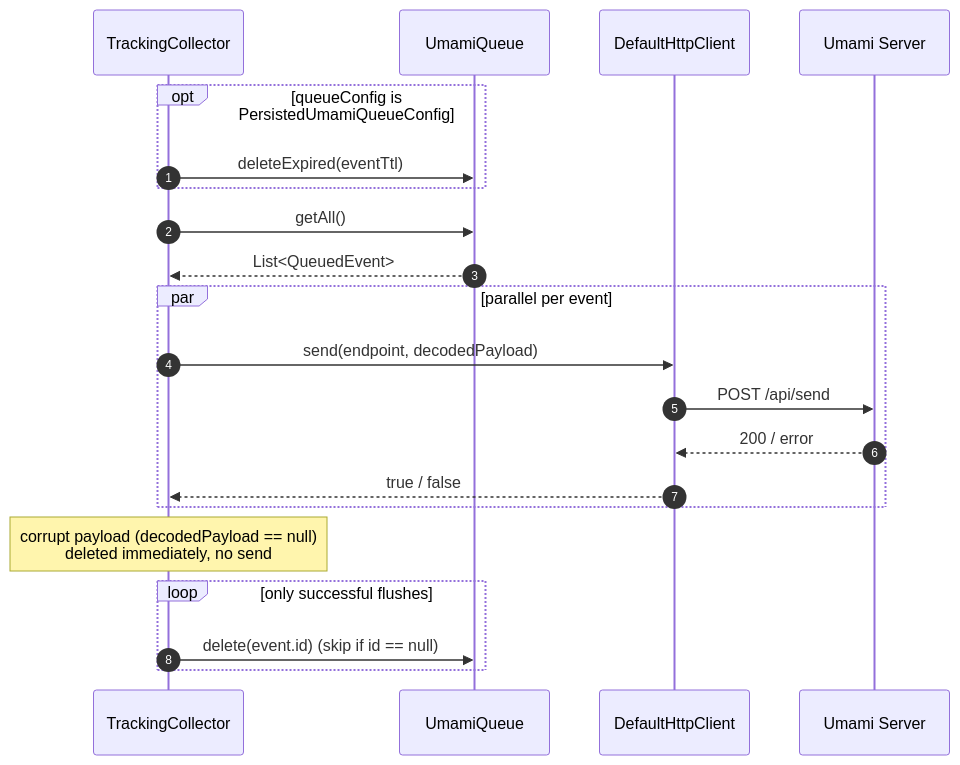
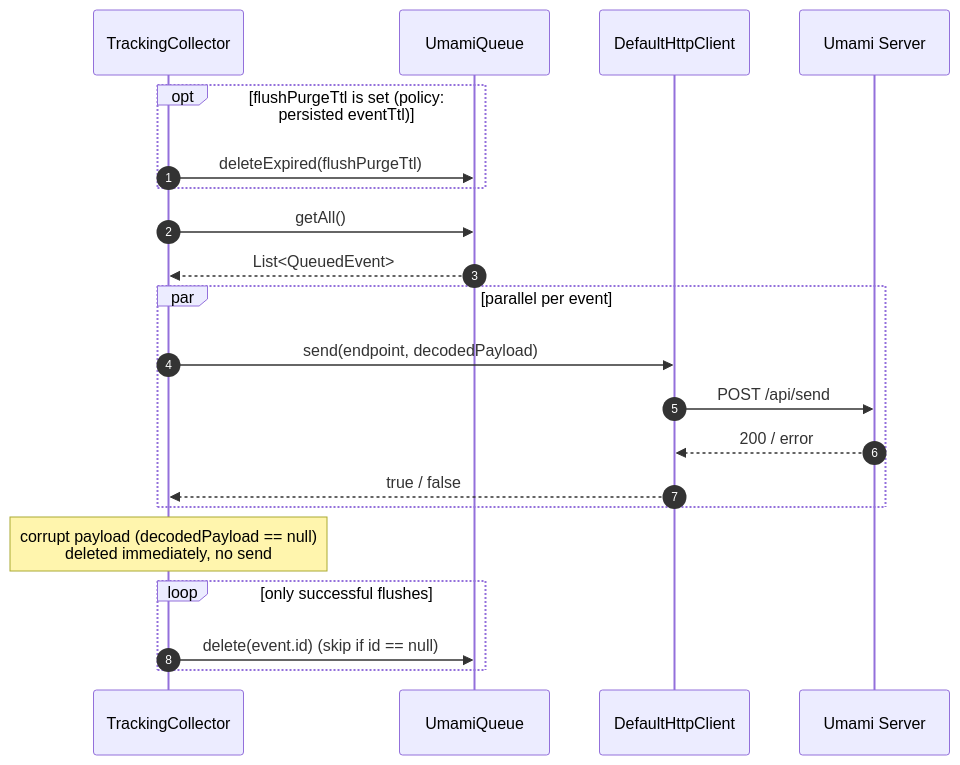
Before and after one commit to SynapseCanvas/flutter_umami_analytics: the fourth of 6 diagrams in doc/architecture.md, drawn with Mermaid. The commit also changed other lines of this file and 7 other files, not shown here.

First line of the commit message:
feat(factory): allow injecting UmamiQueue

````diff
--- a/doc/architecture.md
+++ b/doc/architecture.md
@@ -218,24 +222,24 @@
 ```mermaid
 sequenceDiagram
   autonumber
   participant TC as TrackingCollector
   participant Q as UmamiQueue
   participant DHC as DefaultHttpClient
   participant SRV as Umami Server
 
-  opt queueConfig is PersistedUmamiQueueConfig
-    TC->>Q: deleteExpired(eventTtl)
+  opt flushPurgeTtl is set (policy: persisted eventTtl)
+    TC->>Q: deleteExpired(flushPurgeTtl)
   end
   TC->>Q: getAll()
   Q-->>TC: List<QueuedEvent>
   par parallel per event
     TC->>DHC: send(endpoint, decodedPayload)
     DHC->>SRV: POST /api/send
     SRV-->>DHC: 200 / error
     DHC-->>TC: true / false
   end
   Note over TC: corrupt payload (decodedPayload == null)<br/>deleted immediately, no send
   loop only successful flushes
     TC->>Q: delete(event.id) (skip if id == null)
   end
 ```
````
